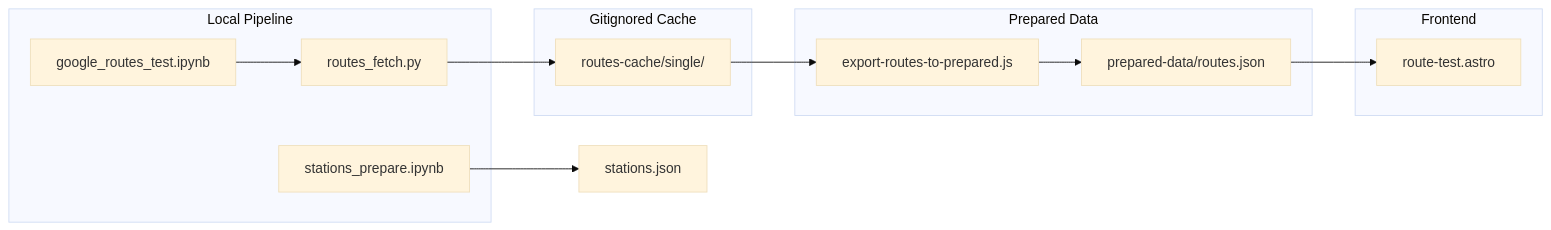
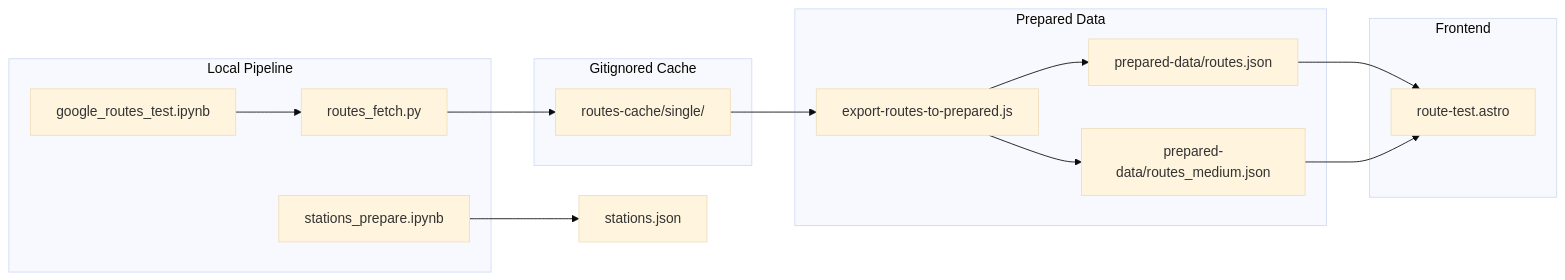
The diagram in docs/Routes.md (NickMarcha/INF252-Course-Project), drawn with Mermaid (base theme) before and after one commit. The commit also changed other lines of this file and 7 other files, not shown here.

Commit message:
Routes medium data format

````diff
--- a/docs/Routes.md
+++ b/docs/Routes.md
@@ -7,24 +7,27 @@
 ```mermaid
 flowchart LR
     subgraph local [Local Pipeline]
         NB1[stations_prepare.ipynb]
         NB2[google_routes_test.ipynb]
         RF[routes_fetch.py]
     end
     subgraph cache [Gitignored Cache]
         RC[routes-cache/single/]
     end
     subgraph prepared [Prepared Data]
         Export[export-routes-to-prepared.js]
         Routes[prepared-data/routes.json]
+        RoutesMedium[prepared-data/routes_medium.json]
     end
     subgraph frontend [Frontend]
         RT[route-test.astro]
     end
     NB1 --> Stations[stations.json]
     NB2 --> RF
     RF --> RC
     RC --> Export
     Export --> Routes
+    Export --> RoutesMedium
     Routes --> RT
+    RoutesMedium --> RT
 ```
````
